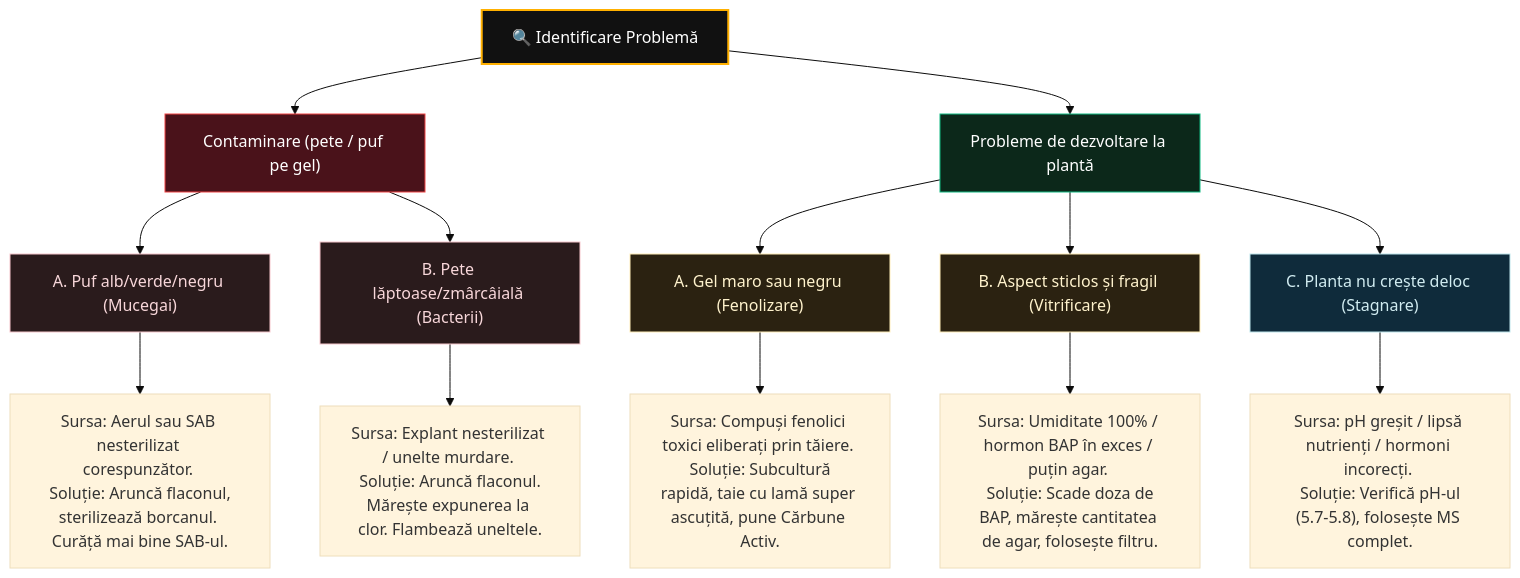
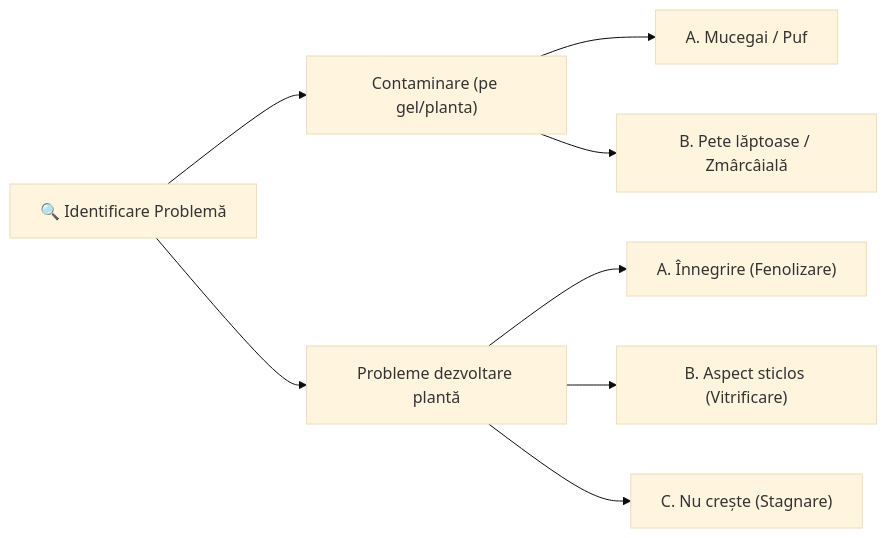
Before and after one commit to LaurenceDeer/protocoale-tissue-culture: the diagram in ghiduri/Troubleshooting.md, drawn with Mermaid (base theme). The commit also changed other lines of this file and 12 other files, not shown here.

```diff
--- a/ghiduri/Troubleshooting.md
+++ b/ghiduri/Troubleshooting.md
@@ -13,28 +13,18 @@
 <pre class="mermaid" style="background-color: var(--bg-card); border: 1px solid var(--border-color); border-radius: 6px; padding: 20px; margin: 30px 0; box-shadow: 0 4px 12px rgba(0,0,0,0.35); text-align: center; font-family: inherit;">
-graph TD
-    Start["🔍 Identificare Problemă"] --> Contaminare["Contaminare (pete / puf pe gel)"]
-    Start --> ProblemePlanta["Probleme de dezvoltare la plantă"]
+graph LR
+    Start["🔍 Identificare Problemă"] --> Contaminare["Contaminare (pe gel/planta)"]
+    Start --> ProblemePlanta["Probleme dezvoltare plantă"]
 
-    Contaminare --> Fungal["A. Puf alb/verde/negru (Mucegai)"]
-    Contaminare --> Bacterial["B. Pete lăptoase/zmârcâială (Bacterii)"]
+    Contaminare --> Fungal["A. Mucegai / Puf"]
+    Contaminare --> Bacterial["B. Pete lăptoase / Zmârcâială"]
 
-    Fungal --> FungalAction["Sursa: Aerul sau SAB nesterilizat corespunzător. <br/> Soluție: Aruncă flaconul, sterilizează borcanul. Curăță mai bine SAB-ul."]
-    Bacterial --> BacterialAction["Sursa: Explant nesterilizat / unelte murdare. <br/> Soluție: Aruncă flaconul. Mărește expunerea la clor. Flambează uneltele."]
+    ProblemePlanta --> Innegrire["A. Înnegrire (Fenolizare)"]
+    ProblemePlanta --> Translucid["B. Aspect sticlos (Vitrificare)"]
+    ProblemePlanta --> Stagnare["C. Nu crește (Stagnare)"]
 
-    ProblemePlanta --> Innegrire["A. Gel maro sau negru (Fenolizare)"]
-    ProblemePlanta --> Translucid["B. Aspect sticlos și fragil (Vitrificare)"]
-    ProblemePlanta --> Stagnare["C. Planta nu crește deloc (Stagnare)"]
-
-    Innegrire --> InnegrireAction["Sursa: Compuși fenolici toxici eliberați prin tăiere. <br/> Soluție: Subcultură rapidă, taie cu lamă super ascuțită, pune Cărbune Activ."]
-    Translucid --> TranslucidAction["Sursa: Umiditate 100% / hormon BAP în exces / puțin agar. <br/> Soluție: Scade doza de BAP, mărește cantitatea de agar, folosește filtru."]
-    Stagnare --> StagnareAction["Sursa: pH greșit / lipsă nutrienți / hormoni incorecți. <br/> Soluție: Verifică pH-ul (5.7-5.8), folosește MS complet."]
-
-    style Start fill:#111,stroke:#FFB000,stroke-width:2px,color:#fff
-    style Contaminare fill:#4a121a,stroke:#EF4444,color:#fff
-    style ProblemePlanta fill:#0c281a,stroke:#10B981,color:#fff
-    style Fungal fill:#2a1b1c,stroke:#f5c6cb,color:#f8d7da
-    style Bacterial fill:#2a1b1c,stroke:#f5c6cb,color:#f8d7da
-    style Innegrire fill:#2b2211,stroke:#ffeeba,color:#fff3cd
-    style Translucid fill:#2b2211,stroke:#ffeeba,color:#fff3cd
-    style Stagnare fill:#0f2b3b,stroke:#bee5eb,color:#d1ecf1
+    click Fungal "#mucegai" "Mergi la secțiune"
+    click Bacterial "#bacterii" "Mergi la secțiune"
+    click Innegrire "#fenolizare" "Mergi la secțiune"
+    click Translucid "#vitrificare" "Mergi la secțiune"
+    click Stagnare "#stagnare" "Mergi la secțiune"
 </pre>
```
